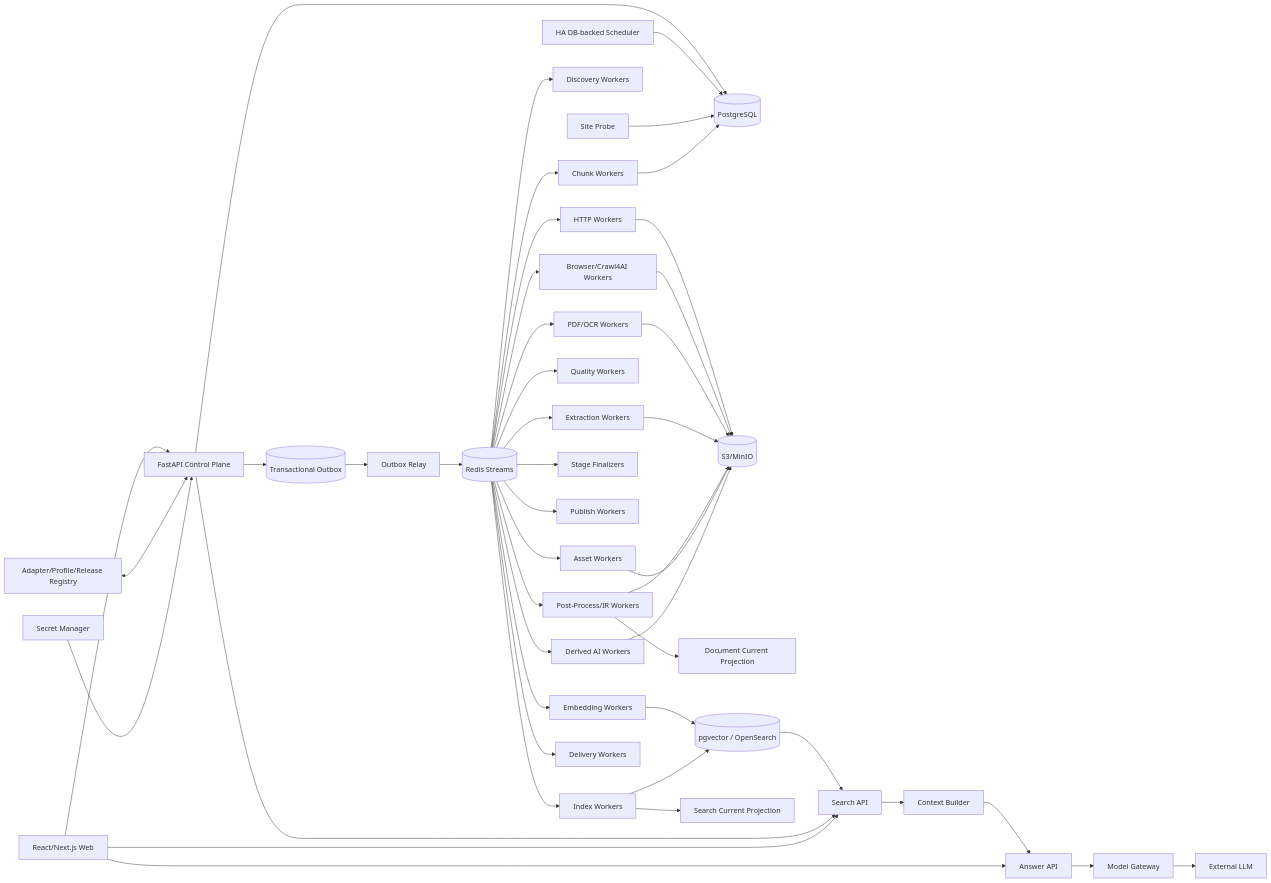
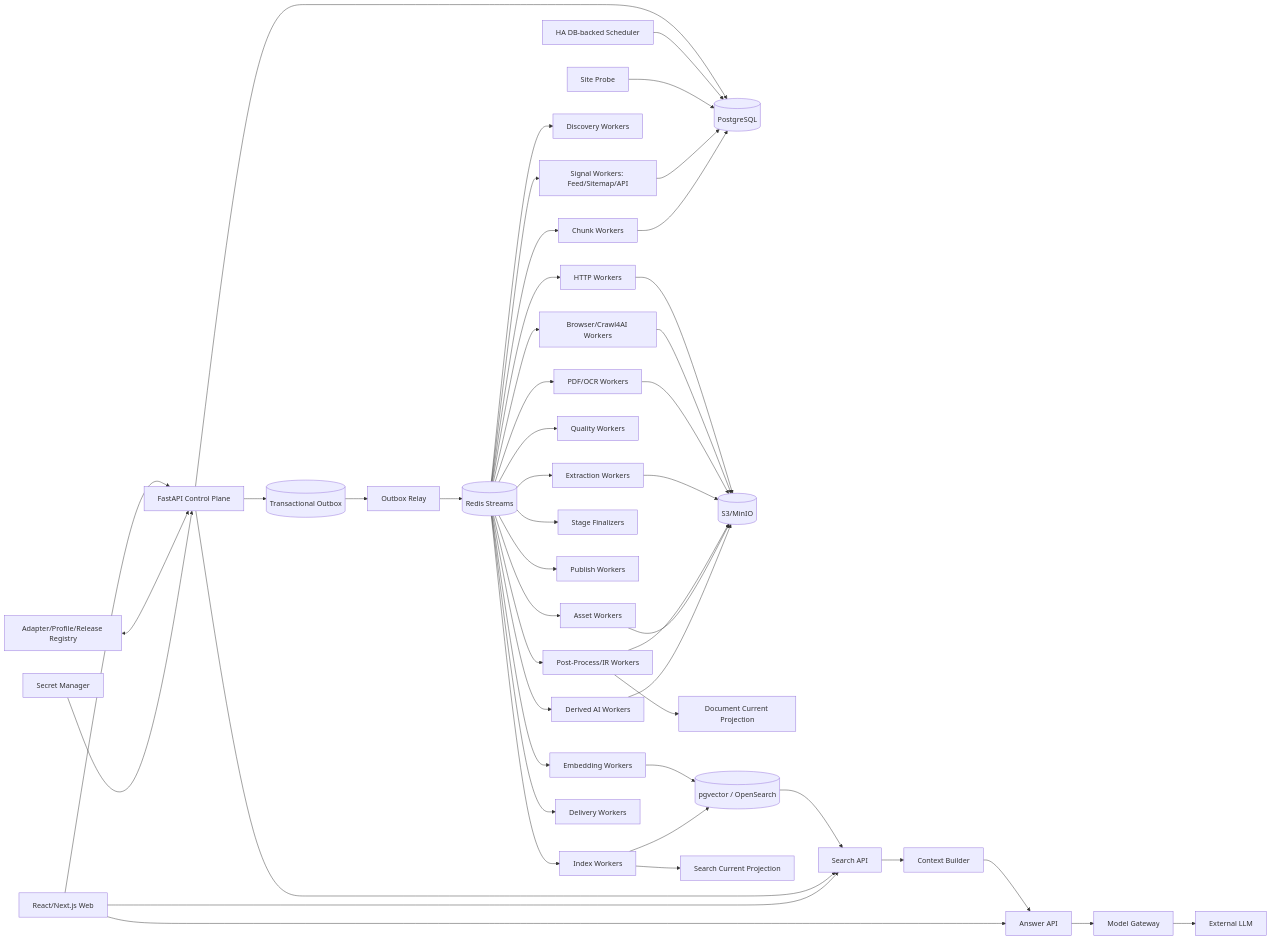
Before and after one commit to WorkerXu/my-doc: the diagram in 博客知识库技术方案.md, drawn with Mermaid. The commit also changed other lines of this file, not shown here.

````diff
--- a/博客知识库技术方案.md
+++ b/博客知识库技术方案.md
@@ -55,54 +67,56 @@
 ```mermaid
 flowchart LR
     UI[React/Next.js Web] --> API[FastAPI Control Plane]
     API --> PG[(PostgreSQL)]
     API --> OUT[(Transactional Outbox)]
 
     SCH[HA DB-backed Scheduler] --> PG
     REG[Adapter/Profile/Release Registry] <--> API
     PROBE[Site Probe] --> PG
     SEC[Secret Manager] --> API
 
     OUT --> RELAY[Outbox Relay]
     RELAY --> Q[(Redis Streams)]
 
+    Q --> SG[Signal Workers: Feed/Sitemap/API]
     Q --> DW[Discovery Workers]
     Q --> HF[HTTP Workers]
     Q --> BW[Browser/Crawl4AI Workers]
     Q --> PDF[PDF/OCR Workers]
     Q --> EX[Extraction Workers]
     Q --> PP[Post-Process/IR Workers]
     Q --> QV[Quality Workers]
     Q --> AW[Asset Workers]
     Q --> FIN[Stage Finalizers]
     Q --> PB[Publish Workers]
     Q --> CW[Chunk Workers]
     Q --> EW[Embedding Workers]
     Q --> IX[Index Workers]
     Q --> AI[Derived AI Workers]
     Q --> NT[Delivery Workers]
 
+    SG --> PG
     HF --> OBJ[(S3/MinIO)]
     BW --> OBJ
     PDF --> OBJ
     EX --> OBJ
     PP --> OBJ
     AW --> OBJ
     AI --> OBJ
 
     PP --> CUR[Document Current Projection]
     CW --> PG
     EW --> SEARCH[(pgvector / OpenSearch)]
     IX --> SEARCH
     IX --> SCUR[Search Current Projection]
 
     SEARCH --> SA[Search API]
     SA --> CB[Context Builder]
     CB --> AA[Answer API]
     AA --> MG[Model Gateway]
     MG --> LLM[External LLM]
 
     API --> SA
     UI --> SA
     UI --> AA
 ```
````
